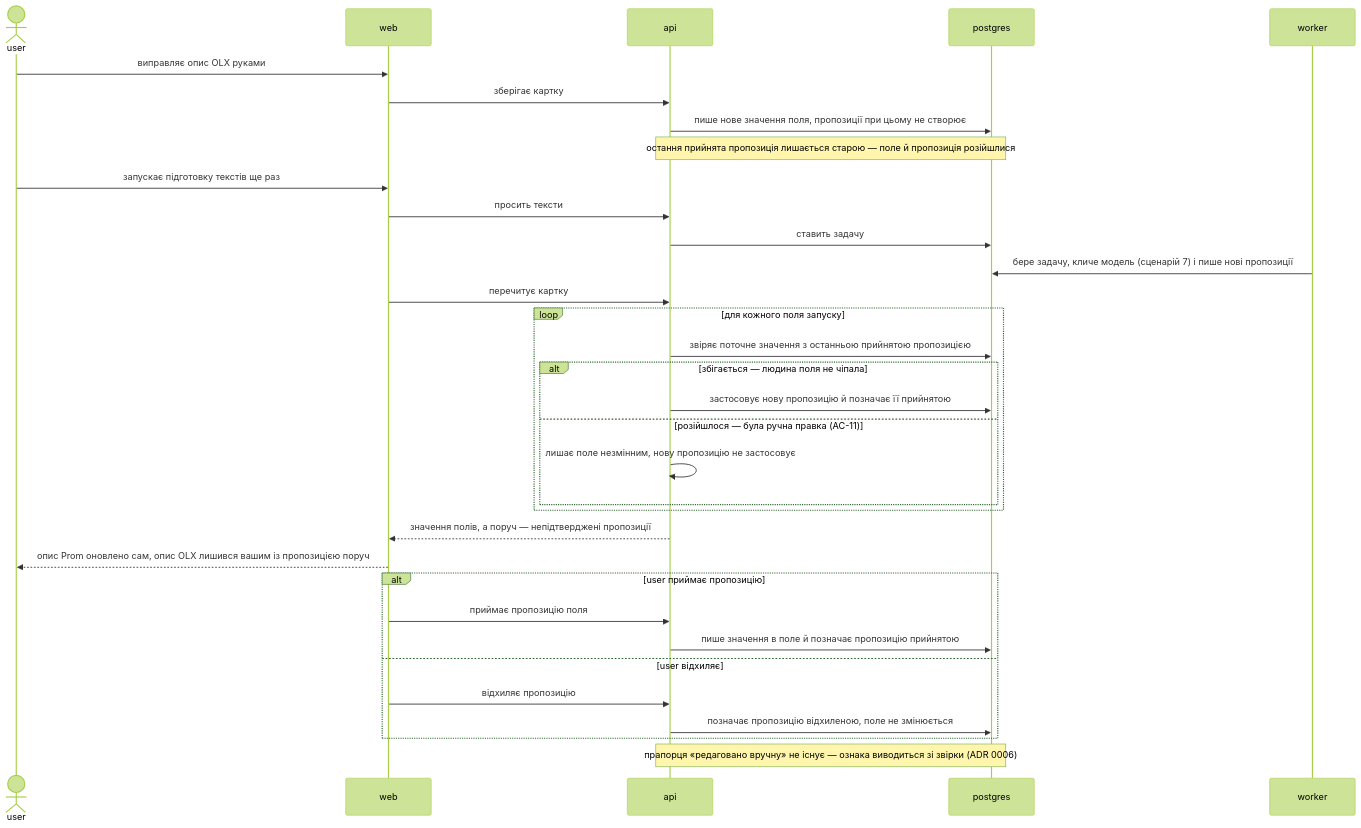
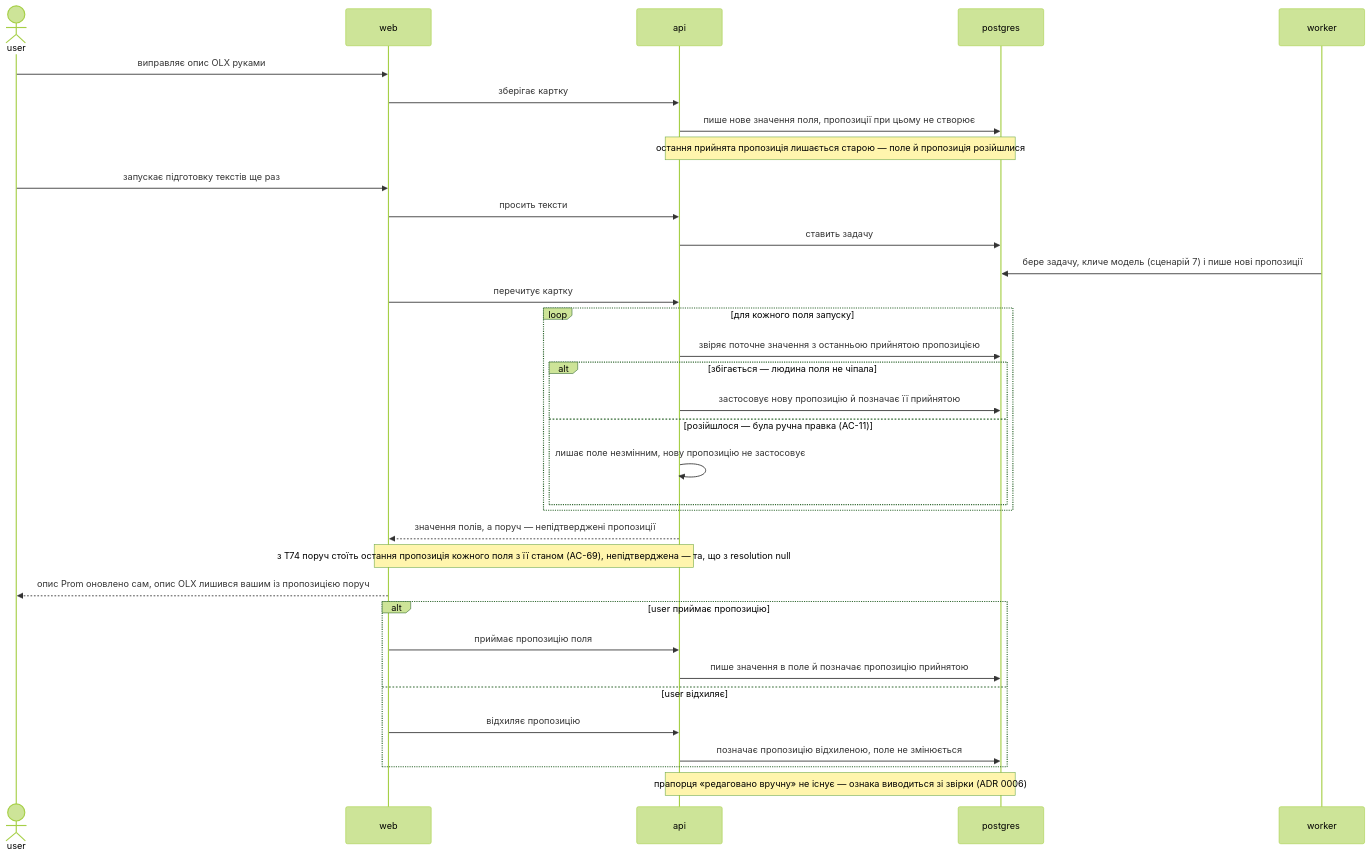
Diagram 11 of 12 in docs/features/product-creation-flow/sad.md (sergy-litkovskiy/mouse-springconsult), drawn with Mermaid (forest theme) before and after one commit. The commit also changed 4 other files, not shown here.

First line of the commit message:
docs(product-creation-flow): document the latest suggestion of every field

````diff
--- a/docs/features/product-creation-flow/sad.md
+++ b/docs/features/product-creation-flow/sad.md
@@ -725,36 +725,37 @@
 ```mermaid
 sequenceDiagram
     actor user
     participant web
     participant api
     participant pg as postgres
     participant worker
 
     user->>web: виправляє опис OLX руками
     web->>api: зберігає картку
     api->>pg: пише нове значення поля, пропозиції при цьому не створює
     Note over api,pg: остання прийнята пропозиція лишається старою — поле й пропозиція розійшлися
     user->>web: запускає підготовку текстів ще раз
     web->>api: просить тексти
     api->>pg: ставить задачу
     worker->>pg: бере задачу, кличе модель (сценарій 7) і пише нові пропозиції
     web->>api: перечитує картку
     loop для кожного поля запуску
         api->>pg: звіряє поточне значення з останньою прийнятою пропозицією
         alt збігається — людина поля не чіпала
             api->>pg: застосовує нову пропозицію й позначає її прийнятою
         else розійшлося — була ручна правка (AC-11)
             api->>api: лишає поле незмінним, нову пропозицію не застосовує
         end
     end
     api-->>web: значення полів, а поруч — непідтверджені пропозиції
+    Note over web,api: з T74 поруч стоїть остання пропозиція кожного поля з її станом (AC-69), непідтверджена — та, що з resolution null
     web-->>user: опис Prom оновлено сам, опис OLX лишився вашим із пропозицією поруч
     alt user приймає пропозицію
         web->>api: приймає пропозицію поля
         api->>pg: пише значення в поле й позначає пропозицію прийнятою
     else user відхиляє
         web->>api: відхиляє пропозицію
         api->>pg: позначає пропозицію відхиленою, поле не змінюється
     end
     Note over api,pg: прапорця «редаговано вручну» не існує — ознака виводиться зі звірки (ADR 0006)
 ```
````
